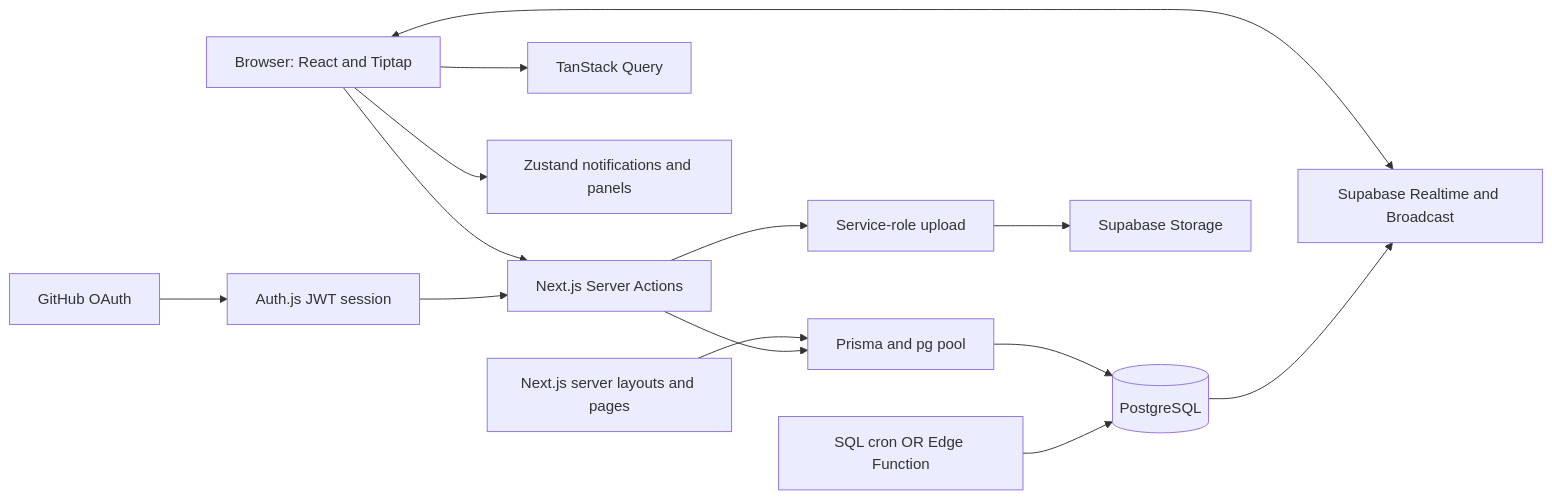
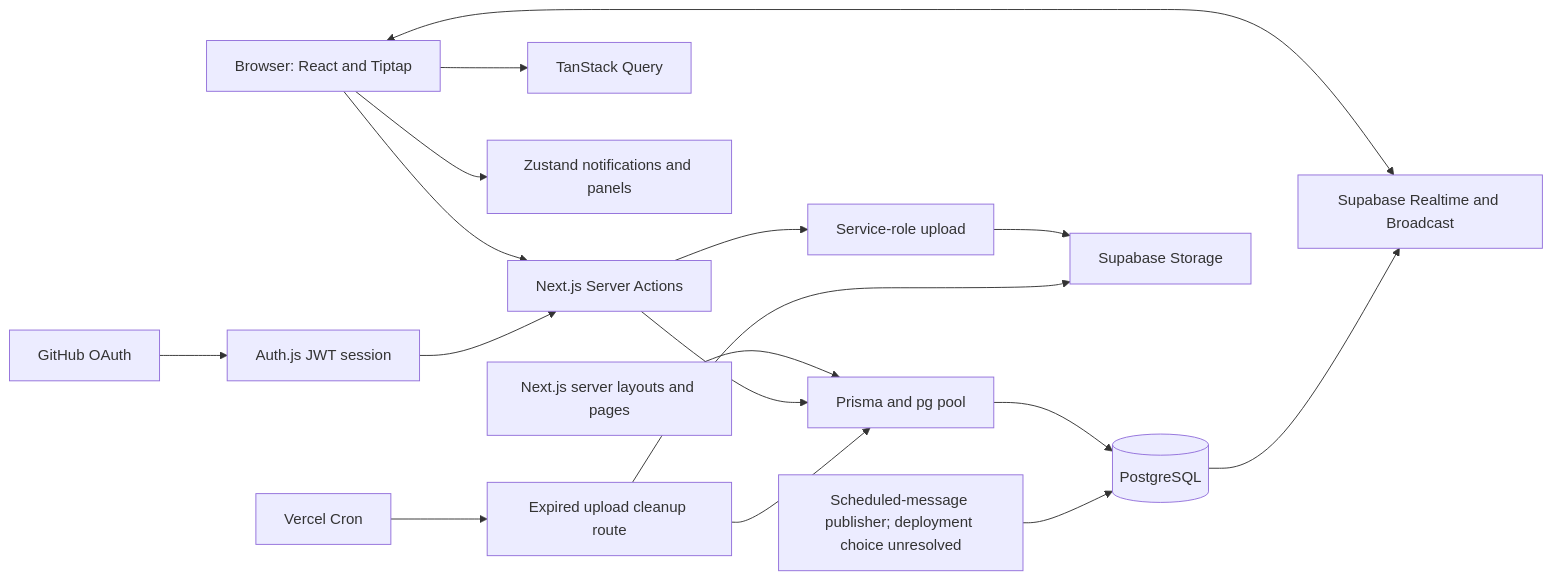
One commit to kelani34/slack-vibe changed the first of 3 diagrams in docs/system-design.md. Above: the diagram before and after it, drawn with Mermaid. The commit also changed other lines of this file and 15 other files, not shown here.

Commit message:
docs(storage): document scheduled orphan cleanup

````diff
--- a/docs/system-design.md
+++ b/docs/system-design.md
@@ -33,16 +33,19 @@
 ```mermaid
 flowchart LR
   B[Browser: React and Tiptap] --> A[Next.js Server Actions]
   B --> Q[TanStack Query]
   B --> Z[Zustand notifications and panels]
   B <--> RT[Supabase Realtime and Broadcast]
   L[Next.js server layouts and pages] --> P[Prisma and pg pool]
   A --> P
   P --> DB[(PostgreSQL)]
   DB --> RT
   A --> U[Service-role upload]
   U --> ST[Supabase Storage]
-  C[SQL cron OR Edge Function] --> DB
+  VC[Vercel Cron] --> CL[Expired upload cleanup route]
+  CL --> P
+  CL --> ST
+  C[Scheduled-message publisher; deployment choice unresolved] --> DB
   G[GitHub OAuth] --> AU[Auth.js JWT session]
   AU --> A
 ```
````
